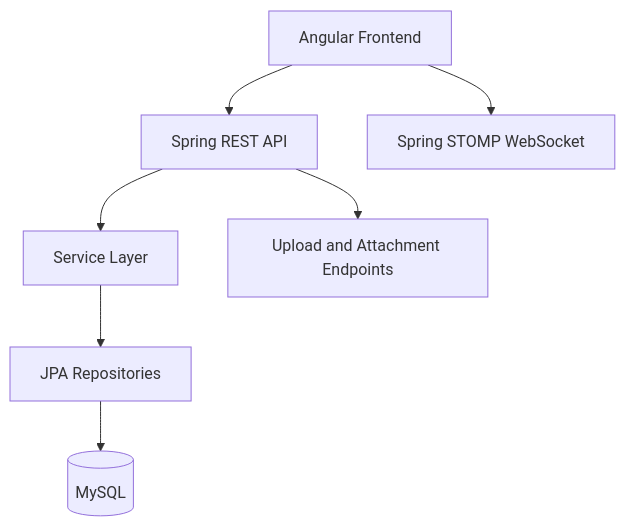
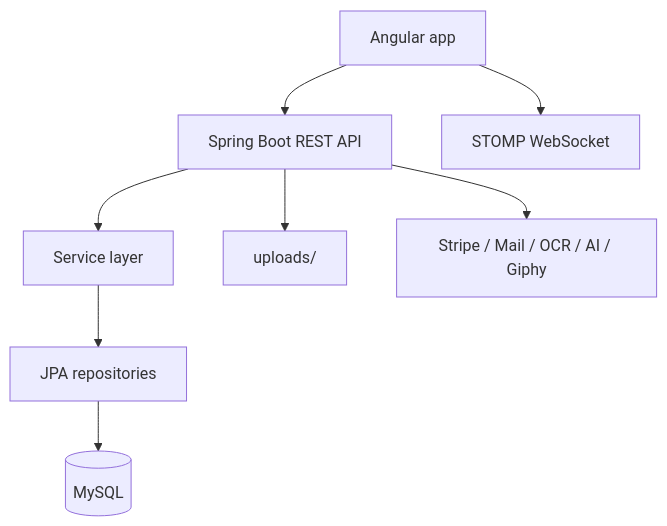
One commit to AtfastrSlushyMaker/Elif changed the diagram in README.md. Above: the diagram before and after it, drawn with Mermaid. The commit also changed other lines of this file, not shown here.

````diff
--- a/README.md
+++ b/README.md
@@ -40,9 +40,10 @@
 ```mermaid
 graph TD
-  FE[Angular Frontend] --> API[Spring REST API]
-  FE --> WS[Spring STOMP WebSocket]
-  API --> SVC[Service Layer]
-  SVC --> REPO[JPA Repositories]
+  FE[Angular app] --> API[Spring Boot REST API]
+  FE --> WS[STOMP WebSocket]
+  API --> SVC[Service layer]
+  SVC --> REPO[JPA repositories]
   REPO --> DB[(MySQL)]
-  API --> UP[Upload and Attachment Endpoints]
+  API --> FILES[uploads/]
+  API --> EXT[Stripe / Mail / OCR / AI / Giphy]
 ```
````
